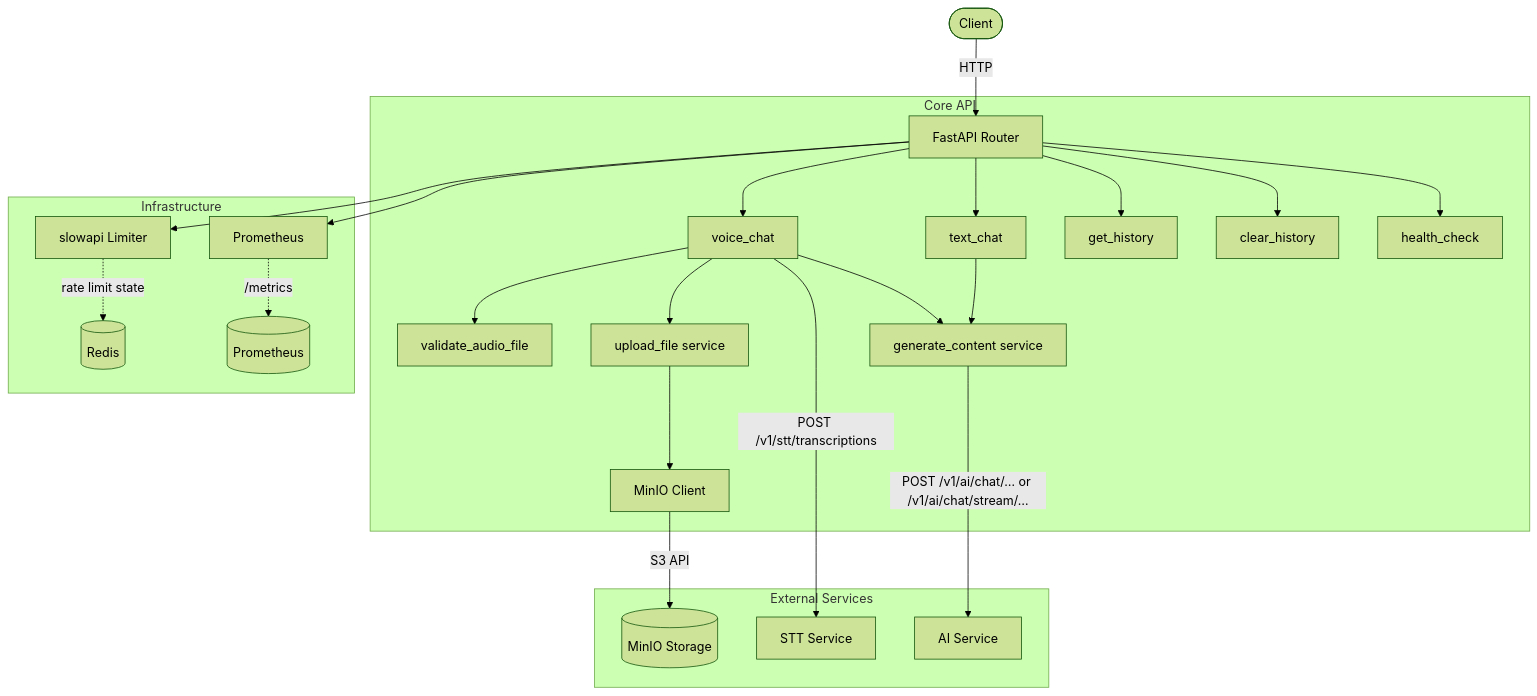
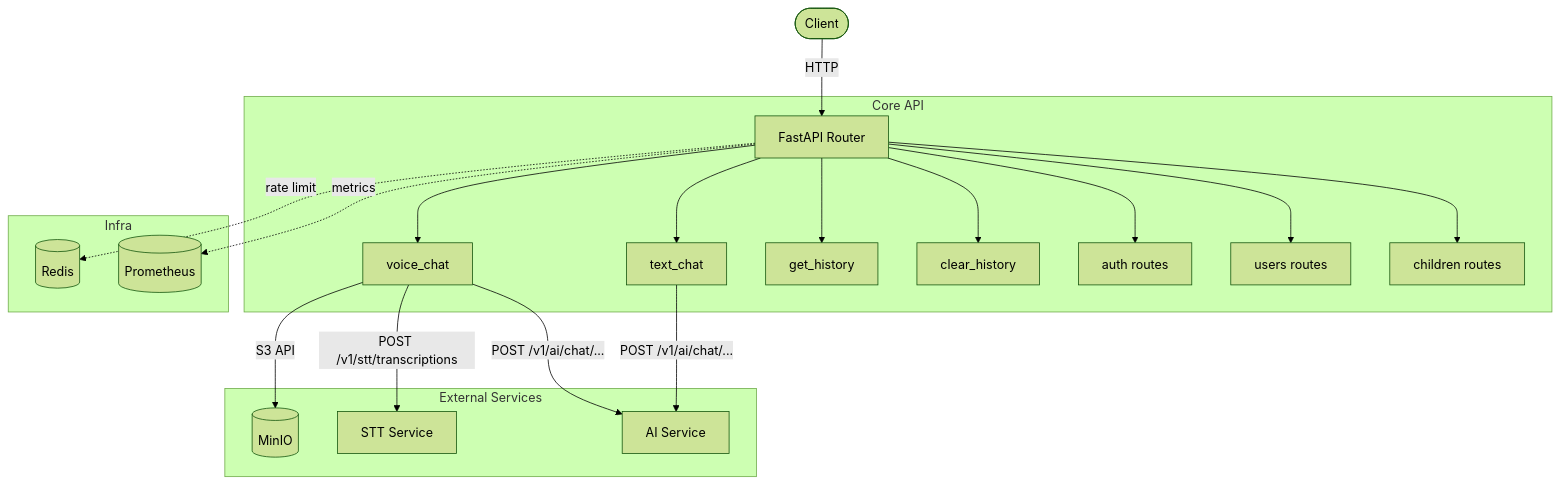
One commit to KlaiAhmed/KidsMind changed the first of 2 diagrams in Services/api/README.md. Above: the diagram before and after it, drawn with Mermaid (forest theme). The commit also changed other lines of this file and 1 other file, not shown here.

````diff
--- a/Services/api/README.md
+++ b/Services/api/README.md
@@ -9,33 +42,26 @@
 ```mermaid
 flowchart TD
     Client([Client]) -->|HTTP| Router[FastAPI Router]
 
     subgraph Core API
         Router --> VoiceHandler[voice_chat]
         Router --> TextHandler[text_chat]
         Router --> HistoryHandler[get_history]
         Router --> ClearHistoryHandler[clear_history]
-        Router --> HealthCheck[health_check]
-
-        VoiceHandler --> ValidateAudio[validate_audio_file]
-        VoiceHandler --> UploadService[upload_file service]
-        VoiceHandler --> GenContent[generate_content service]
-        TextHandler --> GenContent
-
-        UploadService --> MinIOClient[MinIO Client]
+        Router --> Auth[auth routes]
+        Router --> Users[users routes]
+        Router --> Children[children routes]
     end
 
     subgraph External Services
-        MinIOClient -->|S3 API| MinIO[(MinIO Storage)]
+        VoiceHandler -->|S3 API| MinIO[(MinIO)]
         VoiceHandler -->|POST /v1/stt/transcriptions| STT[STT Service]
-        GenContent -->|POST /v1/ai/chat/… or /v1/ai/chat/stream/…| AI[AI Service]
+        VoiceHandler -->|POST /v1/ai/chat/...| AI[AI Service]
+        TextHandler -->|POST /v1/ai/chat/...| AI
     end
 
-    subgraph Infrastructure
-        Limiter[slowapi Limiter] -.->|rate limit state| Redis[(Redis)]
-        Instrumentator[Prometheus] -.->|/metrics| Prometheus[(Prometheus)]
+    subgraph Infra
+        Router -. rate limit .-> Redis[(Redis)]
+        Router -. metrics .-> Prometheus[(Prometheus)]
     end
-
-    Router --> Limiter
-    Router --> Instrumentator
 ```
````
